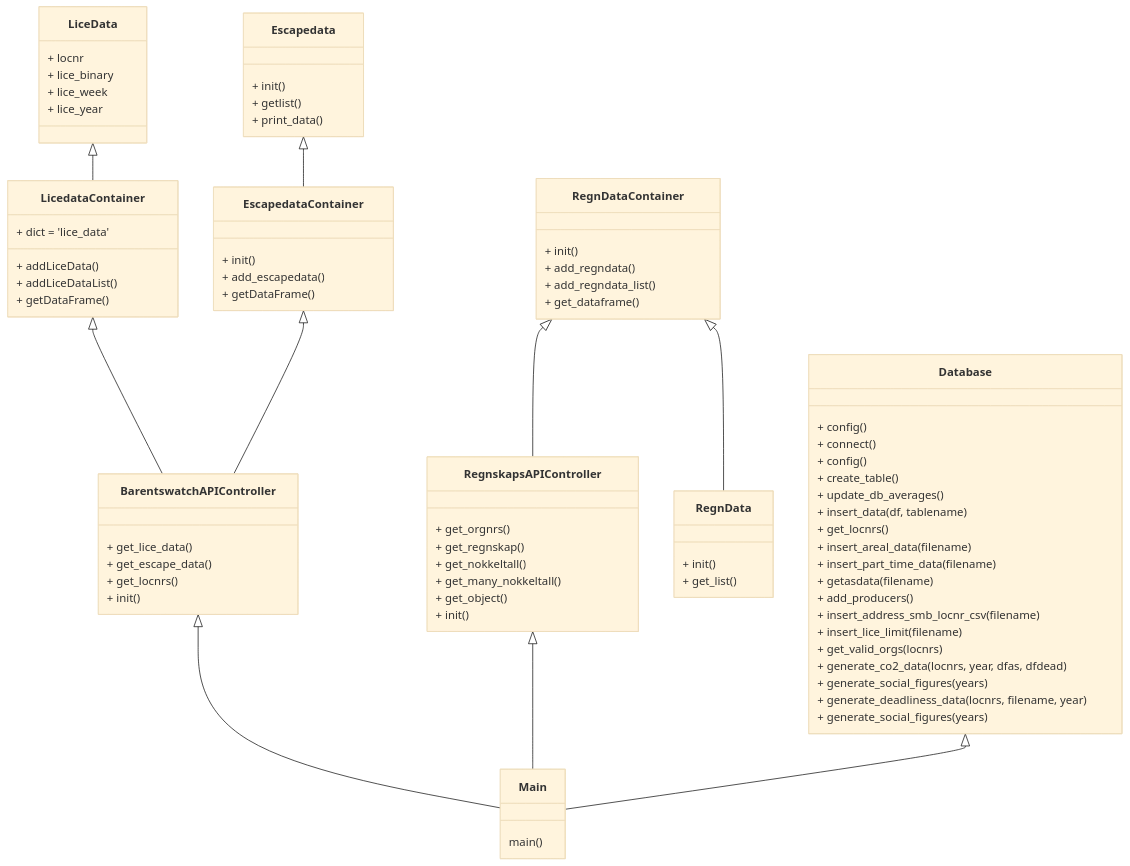
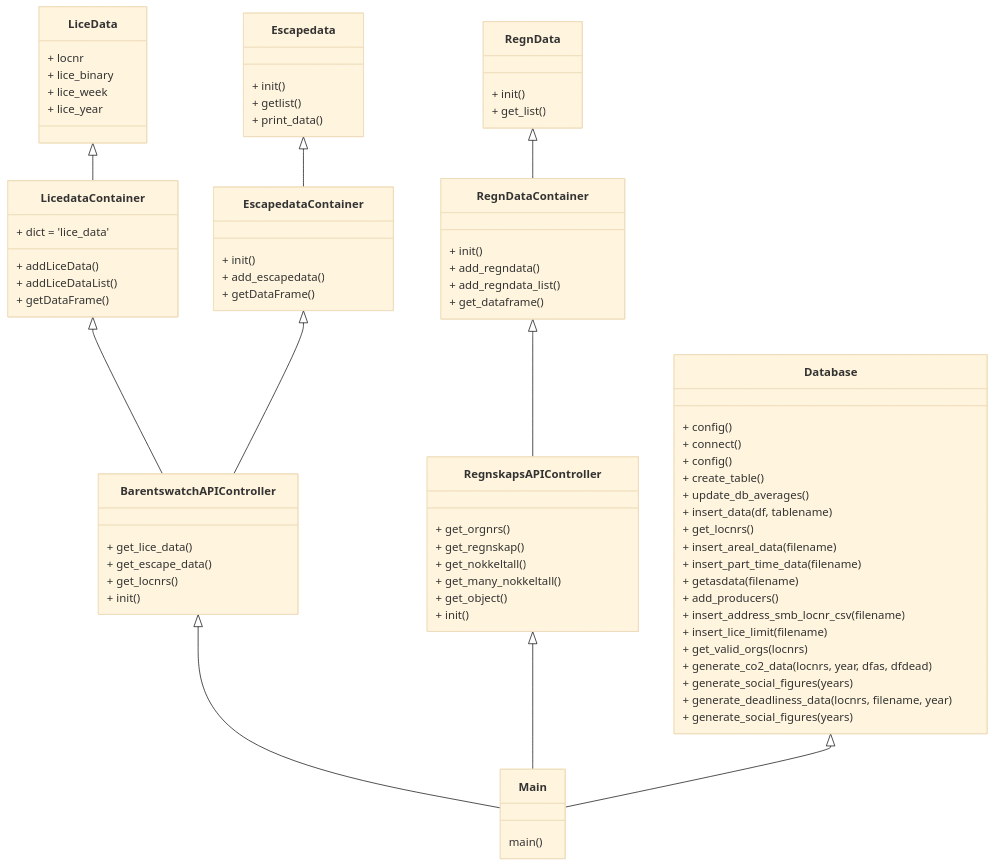
Before and after one commit to brreg/sommercamp2022: the diagram in Documentation/class_diagram.md, drawn with Mermaid (base theme).

```diff
--- a/Documentation/class_diagram.md
+++ b/Documentation/class_diagram.md
@@ -4,7 +4,7 @@
     BarentswatchAPIController <|-- Main
     RegnskapsAPIController <|-- Main
     RegnDataContainer <|-- RegnskapsAPIController
-    RegnDataContainer <|-- RegnData
+    RegnData <|-- RegnDataContainer
     Database <|-- Main
 	LicedataContainer <|-- BarentswatchAPIController
 	EscapedataContainer <|-- BarentswatchAPIController
```
